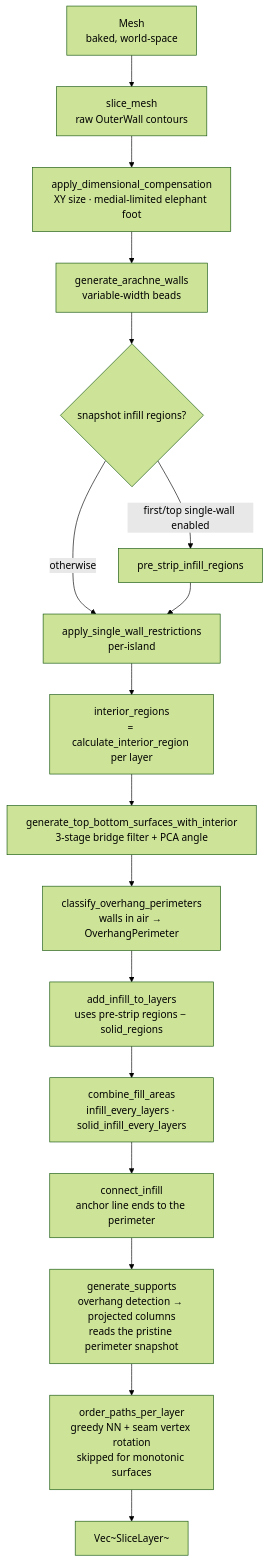
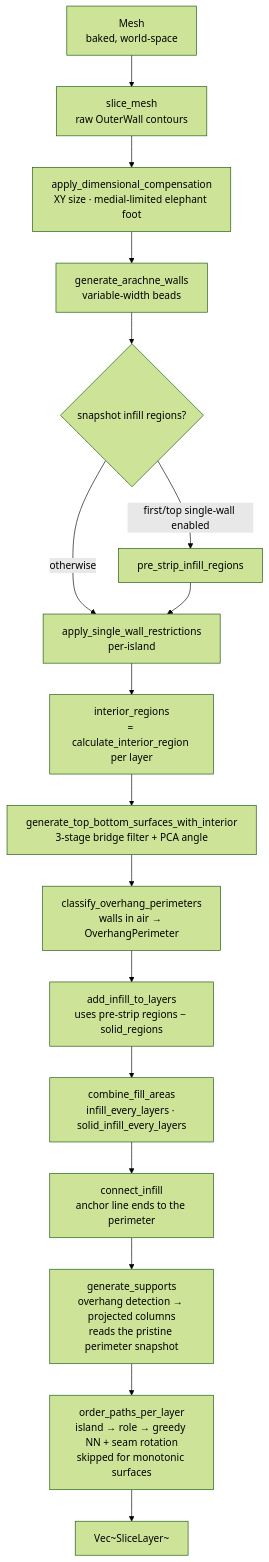
Before and after one commit to ColdCrabby/slicer: the second of 3 diagrams in src/core/README.md, drawn with Mermaid (forest theme). The commit also changed other lines of this file and 1 other file, not shown here.

````diff
--- a/src/core/README.md
+++ b/src/core/README.md
@@ -107,19 +107,19 @@
 ```mermaid
 flowchart TD
     M[Mesh<br/>baked, world-space] --> S1[slice_mesh<br/>raw OuterWall contours]
     S1 --> DC[apply_dimensional_compensation<br/>XY size · medial-limited elephant foot]
     DC --> S2[generate_arachne_walls<br/>variable-width beads]
     S2 --> S3{snapshot infill regions?}
     S3 -->|first/top single-wall enabled| SN[pre_strip_infill_regions]
     S3 -->|otherwise| W
     SN --> W[apply_single_wall_restrictions<br/>per-island]
     W --> I[interior_regions<br/>= calculate_interior_region per layer]
     I --> SF[generate_top_bottom_surfaces_with_interior<br/>3-stage bridge filter + PCA angle]
     SF --> OV[classify_overhang_perimeters<br/>walls in air → OverhangPerimeter]
     OV --> IN[add_infill_to_layers<br/>uses pre-strip regions − solid_regions]
     IN --> CB[combine_fill_areas<br/>infill_every_layers · solid_infill_every_layers]
     CB --> AN[connect_infill<br/>anchor line ends to the perimeter]
     AN --> SP[generate_supports<br/>overhang detection → projected columns<br/>reads the pristine perimeter snapshot]
-    SP --> ORD[order_paths_per_layer<br/>greedy NN + seam vertex rotation<br/>skipped for monotonic surfaces]
+    SP --> ORD[order_paths_per_layer<br/>island → role → greedy NN + seam rotation<br/>skipped for monotonic surfaces]
     ORD --> L[Vec~SliceLayer~]
 ```
````
